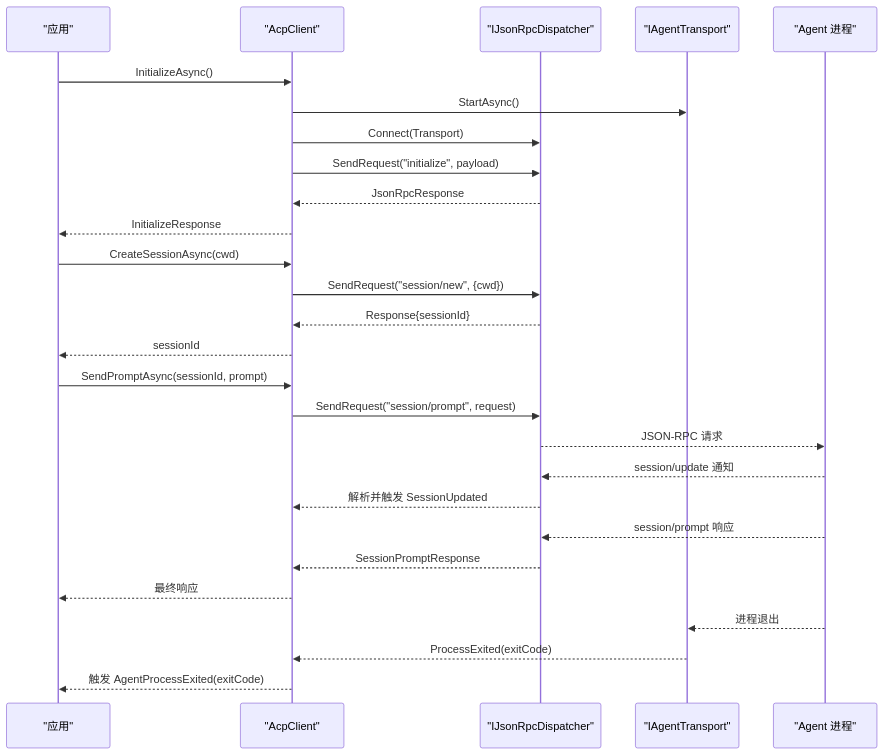
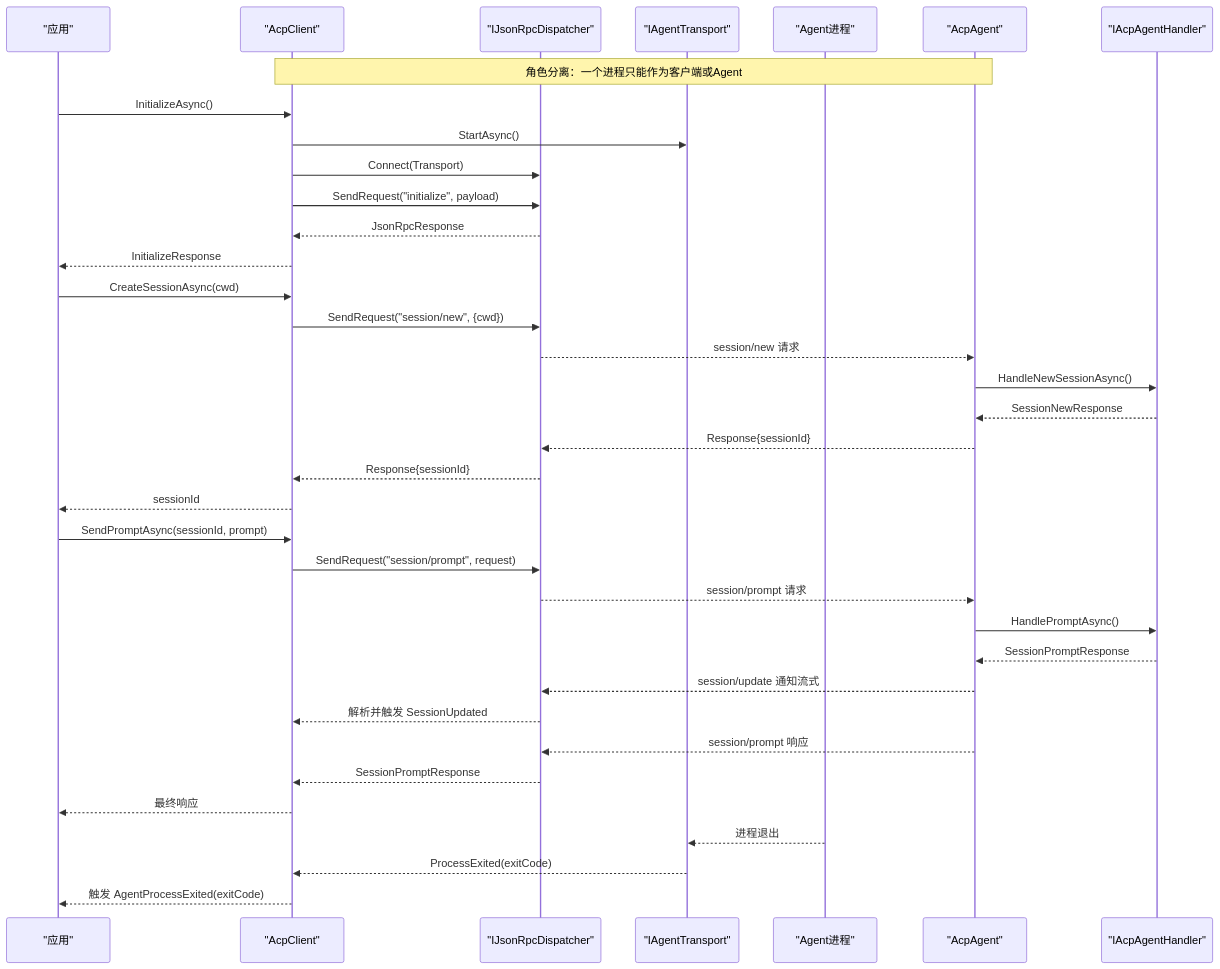
The second of 6 diagrams in .qoder/repowiki/zh/content/客户端API/客户端API.md (AgenticDesktop/ACPLibrary), drawn with Mermaid before and after one commit. The commit also changed other lines of this file and 33 other files, not shown here.

````diff
--- a/.qoder/repowiki/zh/content/客户端API/客户端API.md
+++ b/.qoder/repowiki/zh/content/客户端API/客户端API.md
@@ -126,29 +162,38 @@
 ```mermaid
 sequenceDiagram
 participant App as "应用"
 participant Client as "AcpClient"
 participant Dispatcher as "IJsonRpcDispatcher"
 participant Transport as "IAgentTransport"
-participant Agent as "Agent 进程"
+participant AgentProc as "Agent进程"
+participant Agent as "AcpAgent"
+participant Handler as "IAcpAgentHandler"
+Note over Client,Agent : 角色分离：一个进程只能作为客户端或Agent
 App->>Client : InitializeAsync()
 Client->>Transport : StartAsync()
 Client->>Dispatcher : Connect(Transport)
 Client->>Dispatcher : SendRequest("initialize", payload)
 Dispatcher-->>Client : JsonRpcResponse
 Client-->>App : InitializeResponse
 App->>Client : CreateSessionAsync(cwd)
 Client->>Dispatcher : SendRequest("session/new", {cwd})
+Dispatcher-->>Agent : session/new 请求
+Agent->>Handler : HandleNewSessionAsync()
+Handler-->>Agent : SessionNewResponse
+Agent-->>Dispatcher : Response{sessionId}
 Dispatcher-->>Client : Response{sessionId}
 Client-->>App : sessionId
 App->>Client : SendPromptAsync(sessionId, prompt)
 Client->>Dispatcher : SendRequest("session/prompt", request)
-Dispatcher-->>Agent : JSON-RPC 请求
-Agent-->>Dispatcher : session/update 通知
+Dispatcher-->>Agent : session/prompt 请求
+Agent->>Handler : HandlePromptAsync()
+Handler-->>Agent : SessionPromptResponse
+Agent-->>Dispatcher : session/update 通知流式
 Dispatcher-->>Client : 解析并触发 SessionUpdated
 Agent-->>Dispatcher : session/prompt 响应
 Dispatcher-->>Client : SessionPromptResponse
 Client-->>App : 最终响应
-Agent-->>Transport : 进程退出
+AgentProc-->>Transport : 进程退出
 Transport-->>Client : ProcessExited(exitCode)
 Client-->>App : 触发 AgentProcessExited(exitCode)
 ```
````
